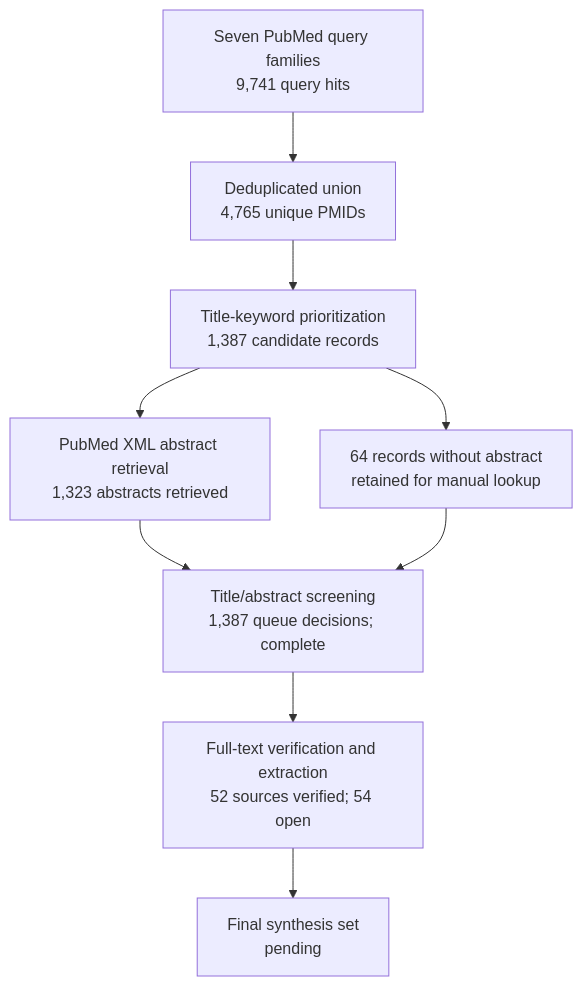
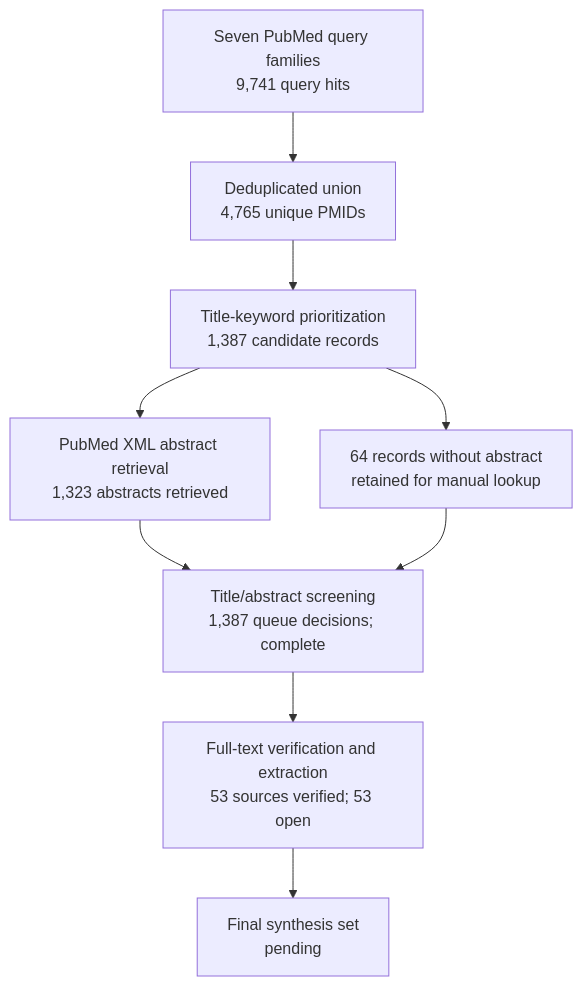
Before and after one commit to dcmcshan/artemisia: the diagram in manuscript/review-flow.md, drawn with Mermaid. The commit also changed other lines of this file and 13 other files, not shown here.

````diff
--- a/manuscript/review-flow.md
+++ b/manuscript/review-flow.md
@@ -5,11 +5,11 @@
 ```mermaid
 flowchart TB
   Q[Seven PubMed query families<br/>9,741 query hits] --> U[Deduplicated union<br/>4,765 unique PMIDs]
   U --> T[Title-keyword prioritization<br/>1,387 candidate records]
   T --> A[PubMed XML abstract retrieval<br/>1,323 abstracts retrieved]
   T --> N[64 records without abstract<br/>retained for manual lookup]
   A --> M[Title/abstract screening<br/>1,387 queue decisions; complete]
   N --> M
-  M --> F[Full-text verification and extraction<br/>52 sources verified; 54 open]
+  M --> F[Full-text verification and extraction<br/>53 sources verified; 53 open]
   F --> S[Final synthesis set<br/>pending]
 ```
````
